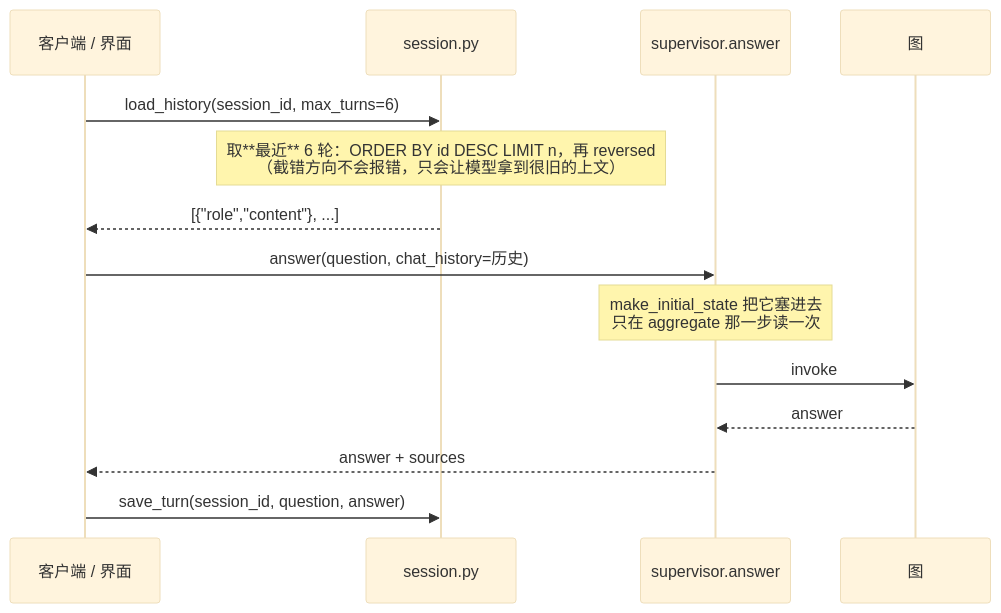
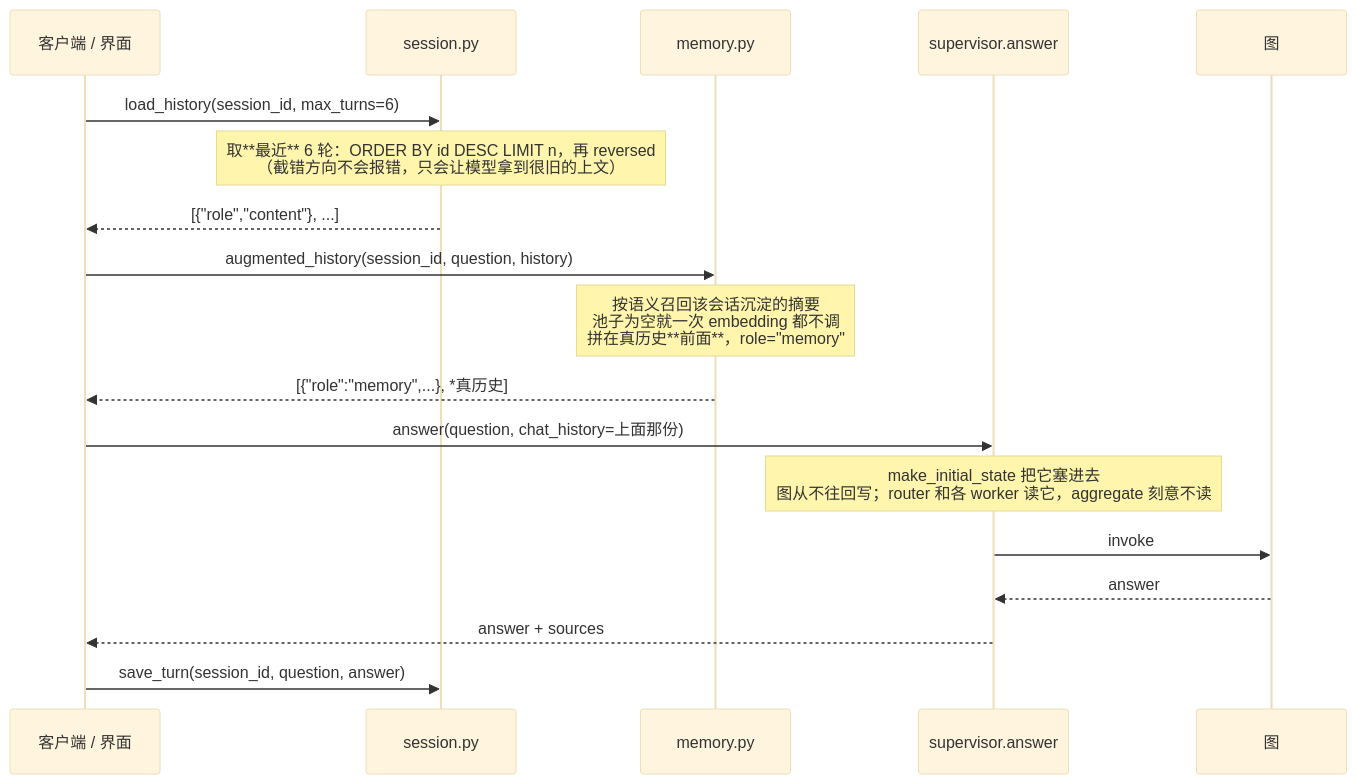
The fourth of 6 diagrams in FLOWCHART.md (My16210/ecommerce-multi-agent-cs), drawn with Mermaid (base theme) before and after one commit. The commit also changed other lines of this file and 34 other files, not shown here.

````diff
--- a/FLOWCHART.md
+++ b/FLOWCHART.md
@@ -221,17 +231,21 @@
 ```mermaid
 sequenceDiagram
     participant C as 客户端 / 界面
     participant S as session.py
+    participant M as memory.py
     participant A as supervisor.answer
     participant G as 图
 
     C->>S: load_history(session_id, max_turns=6)
     Note over S: 取**最近** 6 轮：ORDER BY id DESC LIMIT n，再 reversed<br>（截错方向不会报错，只会让模型拿到很旧的上文）
     S-->>C: [{"role","content"}, ...]
-    C->>A: answer(question, chat_history=历史)
-    Note over A: make_initial_state 把它塞进去<br>只在 aggregate 那一步读一次
+    C->>M: augmented_history(session_id, question, history)
+    Note over M: 按语义召回该会话沉淀的摘要<br>池子为空就一次 embedding 都不调<br>拼在真历史**前面**，role="memory"
+    M-->>C: [{"role":"memory",...}, *真历史]
+    C->>A: answer(question, chat_history=上面那份)
+    Note over A: make_initial_state 把它塞进去<br>图从不往回写；router 和各 worker 读它，aggregate 刻意不读
     A->>G: invoke
     G-->>A: answer
     A-->>C: answer + sources
     C->>S: save_turn(session_id, question, answer)
 ```
````
